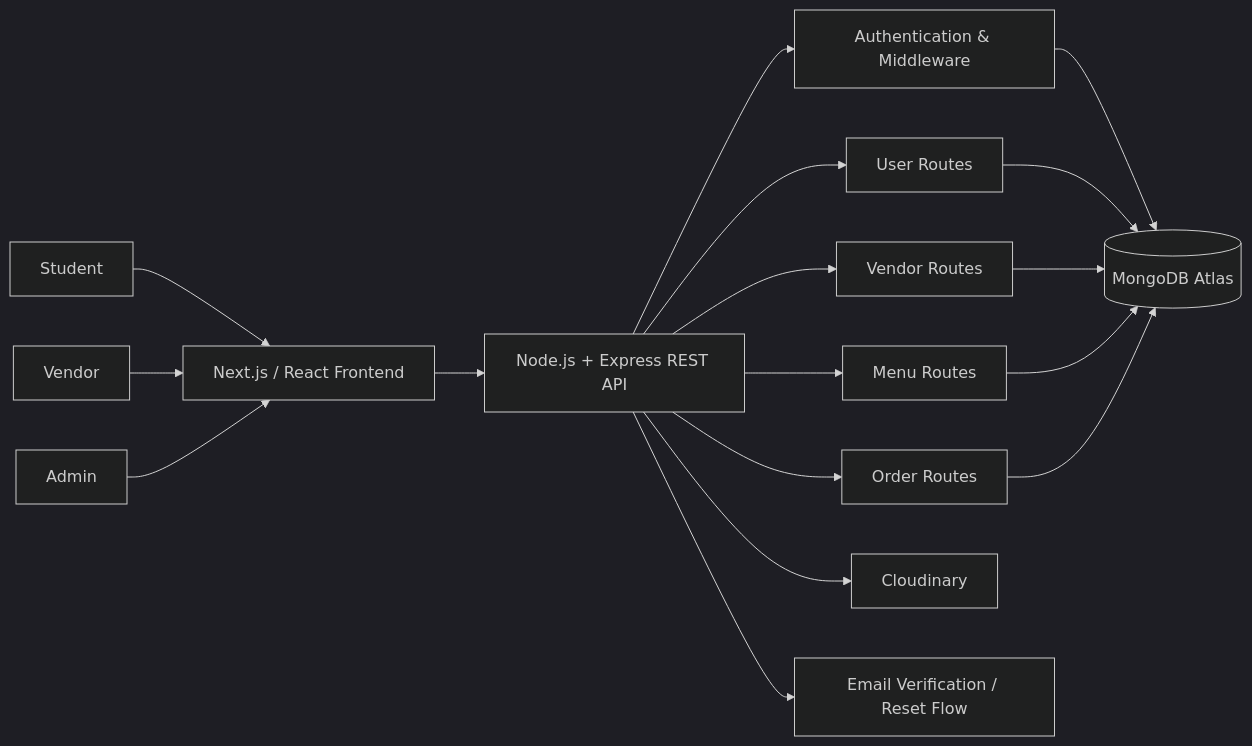
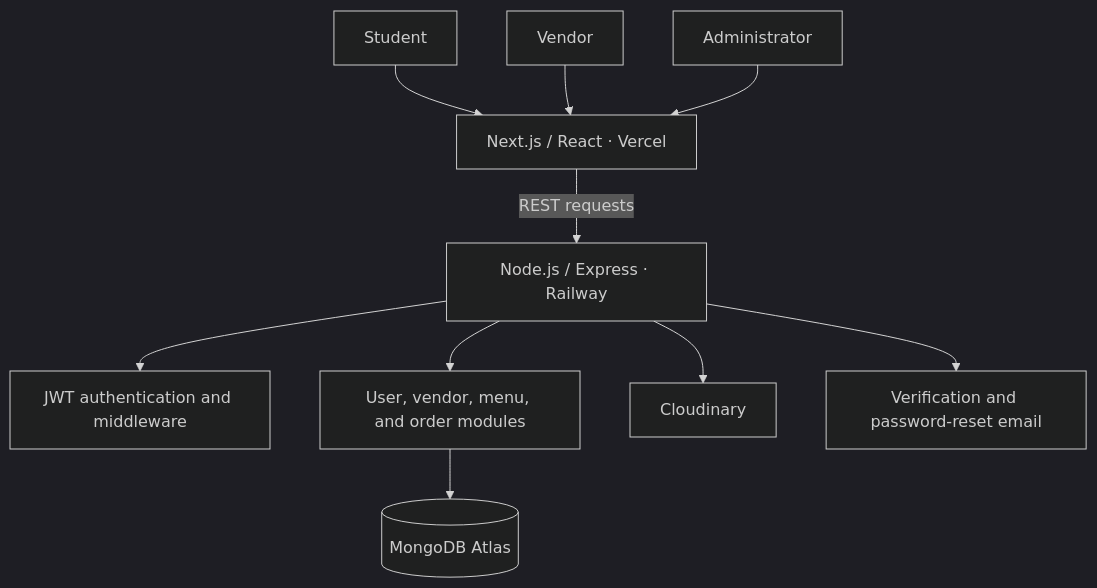
The diagram in README.md (nallievira/fteat-case-study), drawn with Mermaid (dark theme) before and after one commit. The commit also changed other lines of this file and 14 other files, not shown here.

````diff
--- a/README.md
+++ b/README.md
@@ -123,23 +67,12 @@
 ```mermaid
-flowchart LR
-    U[Student] --> FE[Next.js / React Frontend]
+flowchart TD
+    S[Student] --> FE["Next.js / React · Vercel"]
     V[Vendor] --> FE
-    A[Admin] --> FE
-
-    FE --> API[Node.js + Express REST API]
-
-    API --> AUTH[Authentication & Middleware]
-    API --> USERS[User Routes]
-    API --> VENDORS[Vendor Routes]
-    API --> MENUS[Menu Routes]
-    API --> ORDERS[Order Routes]
-
-    AUTH --> DB[(MongoDB Atlas)]
-    USERS --> DB
-    VENDORS --> DB
-    MENUS --> DB
-    ORDERS --> DB
-
-    API --> CLOUD[Cloudinary]
-    API --> EMAIL[Email Verification / Reset Flow]
+    A[Administrator] --> FE
+    FE -->|REST requests| API["Node.js / Express · Railway"]
+    API --> AUTH[JWT authentication and middleware]
+    API --> DATA["User, vendor, menu, and order modules"]
+    DATA --> DB[(MongoDB Atlas)]
+    API --> MEDIA[Cloudinary]
+    API --> EMAIL[Verification and password-reset email]
 ```
````
